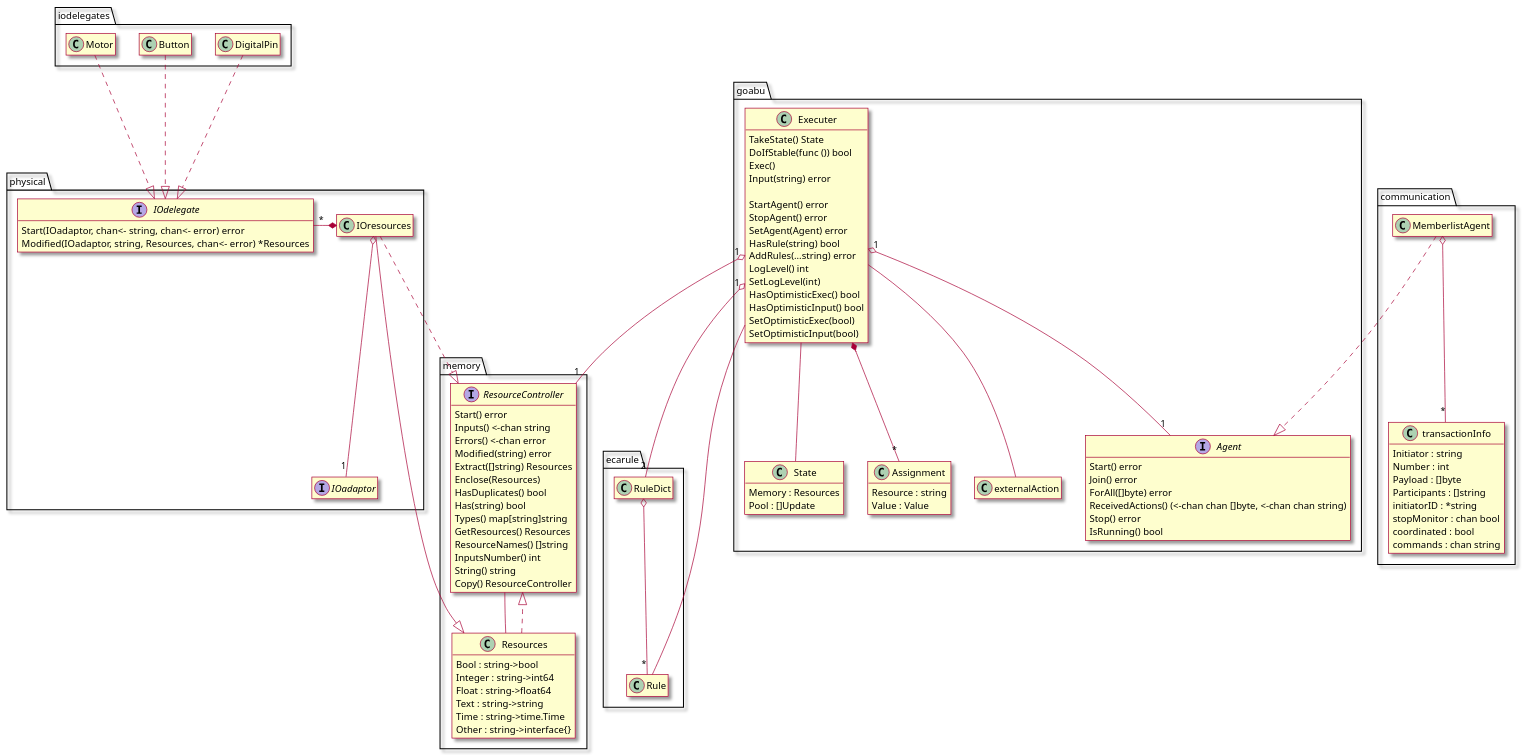
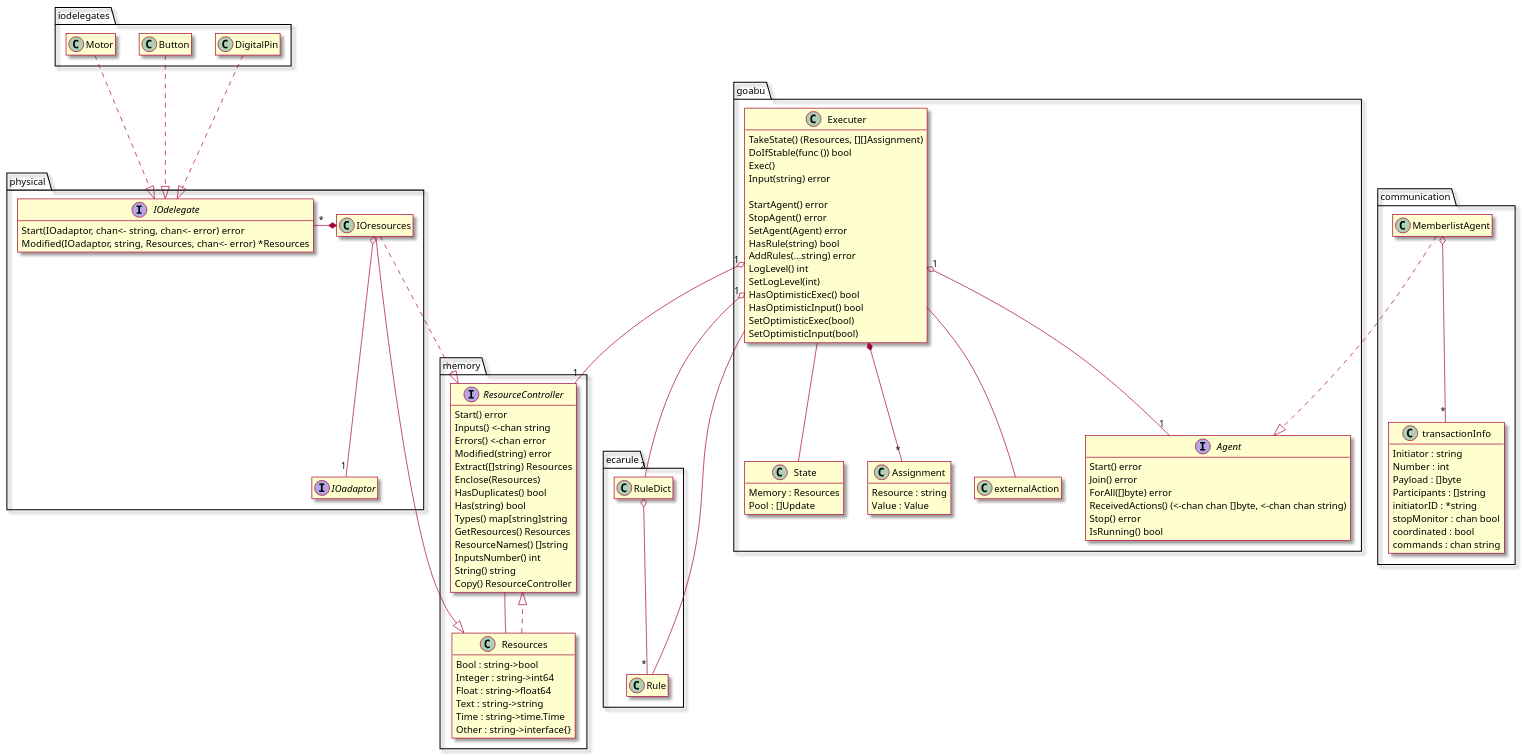
Before and after one commit to abu-lang/goabu: the diagram in docs/class_diagram.puml, drawn with PlantUML. The commit also changed 5 other files, not shown here.

```diff
--- a/docs/class_diagram.puml
+++ b/docs/class_diagram.puml
@@ -1,137 +1,137 @@
 @startuml
 skin rose
 hide empty members
 
 package iodelegates {
     class DigitalPin
     class Button
     class Motor
 }
 
 package physical {
     class IOresources {
         adaptor : IOadaptor
     }
     hide IOresources attributes
     interface IOadaptor
     interface IOdelegate {
         Start(IOadaptor, chan<- string, chan<- error) error
         Modified(IOadaptor, string, Resources, chan<- error) *Resources
     }
     IOresources o-- "1" IOadaptor
     IOdelegate "*" -* IOresources
 }
 
 package ecarule {
     class Rule
     class RuleDict
 }
 
 package memory {
     interface ResourceController {
         Start() error
         Inputs() <-chan string
         Errors() <-chan error
         Modified(string) error
         Extract([]string) Resources
         Enclose(Resources)
         HasDuplicates() bool
         Has(string) bool
         Types() map[string]string
         GetResources() Resources
         ResourceNames() []string
         InputsNumber() int
         String() string
         Copy() ResourceController
     }
     class Resources {
         Bool : string->bool
         Integer : string->int64
         Float : string->float64
         Text : string->string
         Time : string->time.Time
         Other : string->interface{}
     }
     RuleDict o-- "*" Rule
     Resources ..|> ResourceController
     ResourceController -- Resources
 }
 
 package goabu {
     class State {
         Memory : Resources
         Pool : []Update
     }
     class Executer {
         memory : ResourceController
         pool : []Update
         agent : Agent
         localLibrary : string->RuleDict
         globalLibrary : string->RuleDict
 
-        TakeState() State
+        TakeState() (Resources, [][]Assignment)
         DoIfStable(func ()) bool
         Exec()
         Input(string) error
 
         StartAgent() error
         StopAgent() error
         SetAgent(Agent) error
         HasRule(string) bool
         AddRules(...string) error
         LogLevel() int
         SetLogLevel(int)
         HasOptimisticExec() bool
         HasOptimisticInput() bool
         SetOptimisticExec(bool)
         SetOptimisticInput(bool)
     }
     hide Executer attributes
     interface Agent {
         Start() error
         Join() error
         ForAll([]byte) error
         ReceivedActions() (<-chan chan []byte, <-chan chan string)
         Stop() error
         IsRunning() bool
     }
     class Assignment {
         Resource : string
         Value : Value
     }
     class externalAction
 
     Executer "1" o-- "1" Agent
     Executer *-- "*" Assignment
     Executer -- externalAction
     Executer -- State
 }
 
 package communication {
     class MemberlistAgent
     class transactionInfo {
         Initiator : string
         Number : int
         Payload : []byte
         Participants : []string
         initiatorID : *string
         stopMonitor : chan bool
         coordinated : bool
         commands : chan string
     }
     MemberlistAgent o-- "*" transactionInfo
 }
 
 DigitalPin ..|> IOdelegate
 Button ..|> IOdelegate
 Motor ..|> IOdelegate
 
 IOresources ..|> ResourceController
 IOresources --|> Resources
 
 Executer "1" o-- "1" ResourceController
 Executer "1" o-- "2" RuleDict
 Executer -- Rule
 
 MemberlistAgent ..|> Agent
 @enduml
```
